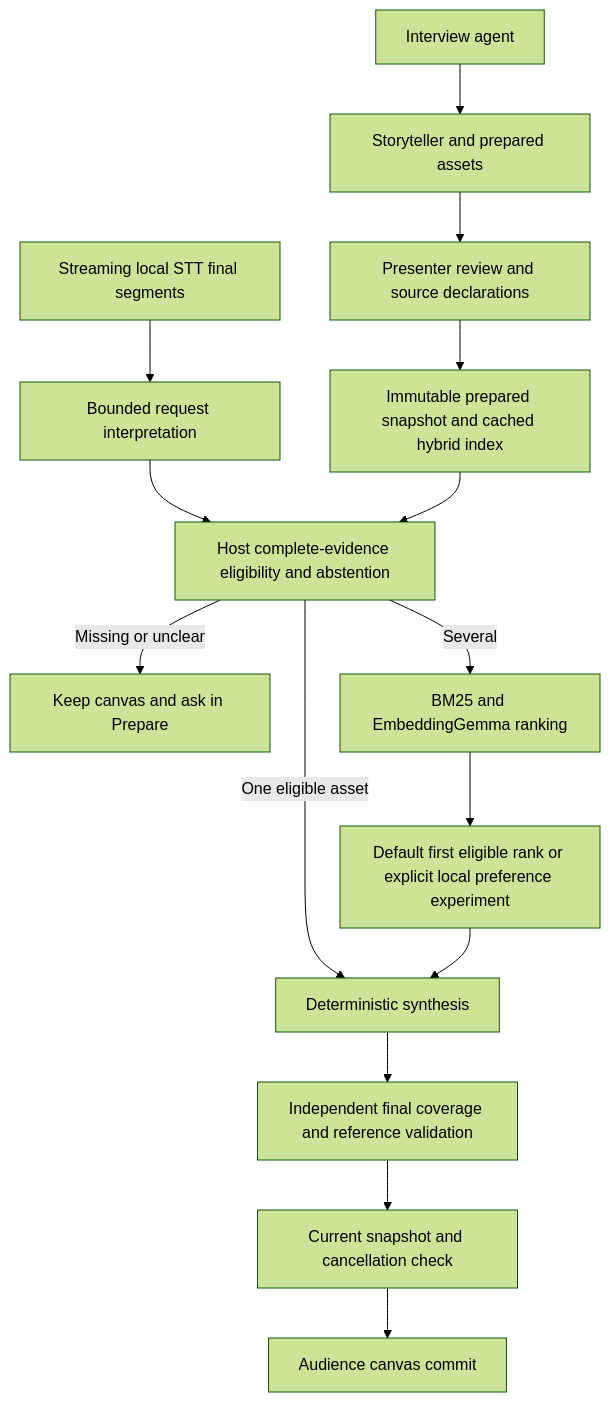
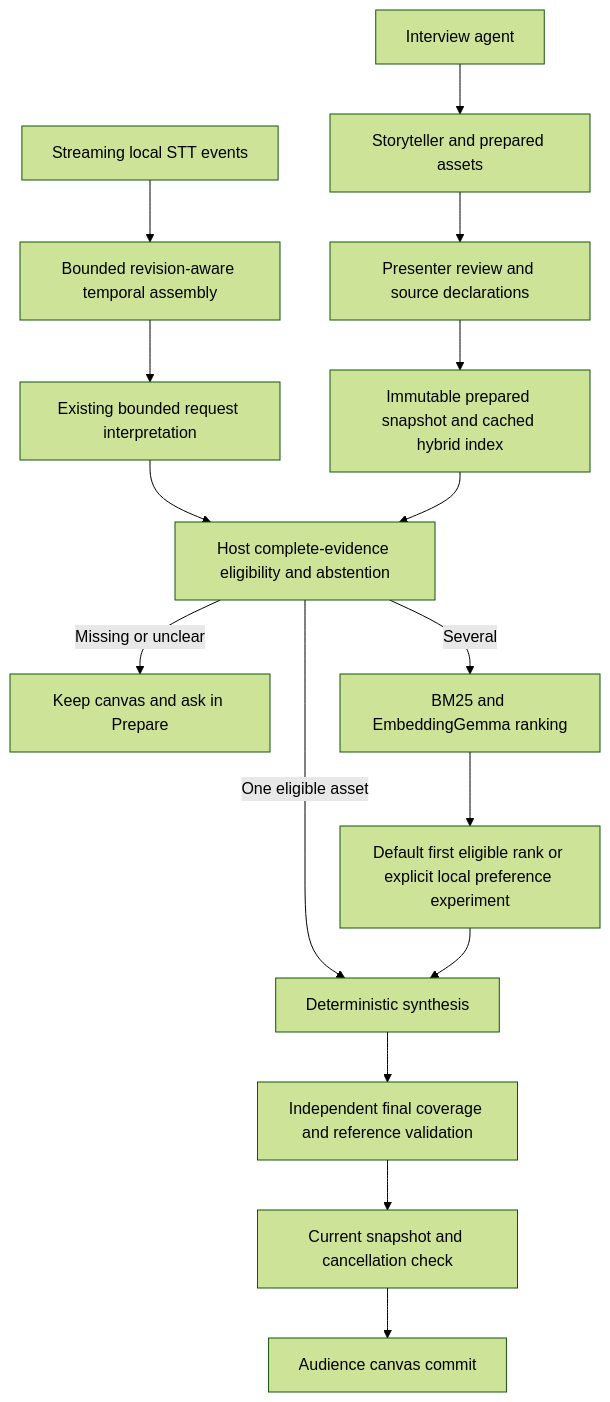
Before and after one commit to gksoriginals/omnipresent: the diagram in docs/architecture/current.md, drawn with Mermaid (forest theme). The commit also changed other lines of this file and 87 other files, not shown here.

Commit message:
Assemble streaming speech and unify host canvas authorization

````diff
--- a/docs/architecture/current.md
+++ b/docs/architecture/current.md
@@ -17,17 +17,18 @@
 ```mermaid
 flowchart TD
   I[Interview agent] --> S[Storyteller and prepared assets]
   S --> R[Presenter review and source declarations]
   R --> P[Immutable prepared snapshot and cached hybrid index]
-  Audio[Streaming local STT final segments] --> Frame[Bounded request interpretation]
+  Audio[Streaming local STT events] --> Assemble[Bounded revision-aware temporal assembly]
+  Assemble --> Frame[Existing bounded request interpretation]
   Frame --> Gate[Host complete-evidence eligibility and abstention]
   P --> Gate
   Gate -->|Missing or unclear| Feedback[Keep canvas and ask in Prepare]
   Gate -->|One eligible asset| Compose[Deterministic synthesis]
   Gate -->|Several| Rank[BM25 and EmbeddingGemma ranking]
   Rank --> Prefer[Default first eligible rank or explicit local preference experiment]
   Prefer --> Compose
   Compose --> Check[Independent final coverage and reference validation]
   Check --> Epoch[Current snapshot and cancellation check]
   Epoch --> Commit[Audience canvas commit]
 ```
````
